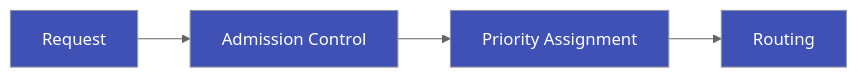
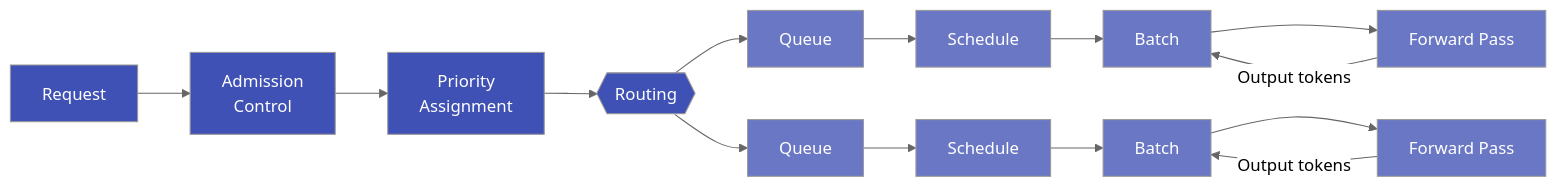
One commit to inference-sim/inference-sim changed the second of 4 diagrams in docs/blog/posts/why-simulate-before-you-scale.md. Above: the diagram before and after it, drawn with Mermaid (neutral theme). The commit also changed other lines of this file, not shown here.

Commit message:
fix(docs): unified pipeline diagram with multi-instance fan-out
Single diagram showing cluster-level flow (admission, priority,
routing) fanning out to two parallel instances, each with its own
queue → schedule → batch → forward pass loop labeled "output tokens".

````diff
--- a/docs/blog/posts/why-simulate-before-you-scale.md
+++ b/docs/blog/posts/why-simulate-before-you-scale.md
@@ -52,9 +50,23 @@
 ```mermaid
 flowchart LR
-    R["Request"] --> AC["Admission Control"] --> PS["Priority Assignment"] --> RT["Routing"]
+    R["Request"] --> AC["Admission<br>Control"] --> PS["Priority<br>Assignment"] --> RT{{"Routing"}}
+
+    RT --> I1_Q["Queue"] --> I1_S["Schedule"] --> I1_B["Batch"] --> I1_F["Forward Pass"]
+    I1_F -->|"Output tokens"| I1_B
+
+    RT --> I2_Q["Queue"] --> I2_S["Schedule"] --> I2_B["Batch"] --> I2_F["Forward Pass"]
+    I2_F -->|"Output tokens"| I2_B
 
     style R fill:#4051b5,color:#fff
     style AC fill:#4051b5,color:#fff
     style PS fill:#4051b5,color:#fff
     style RT fill:#4051b5,color:#fff
+    style I1_Q fill:#6a77c4,color:#fff
+    style I1_S fill:#6a77c4,color:#fff
+    style I1_B fill:#6a77c4,color:#fff
+    style I1_F fill:#6a77c4,color:#fff
+    style I2_Q fill:#6a77c4,color:#fff
+    style I2_S fill:#6a77c4,color:#fff
+    style I2_B fill:#6a77c4,color:#fff
+    style I2_F fill:#6a77c4,color:#fff
 ```
````
